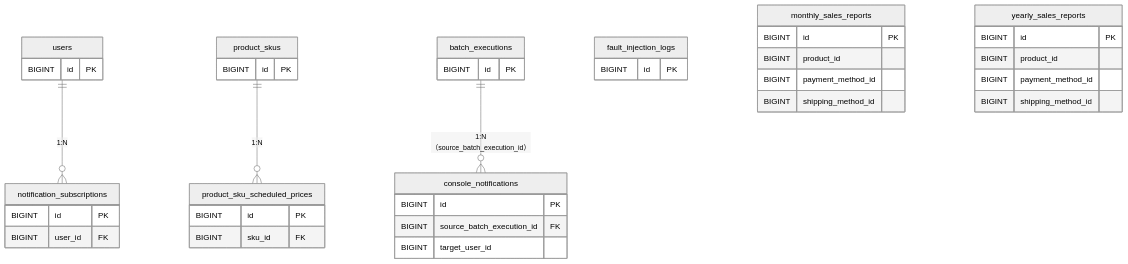
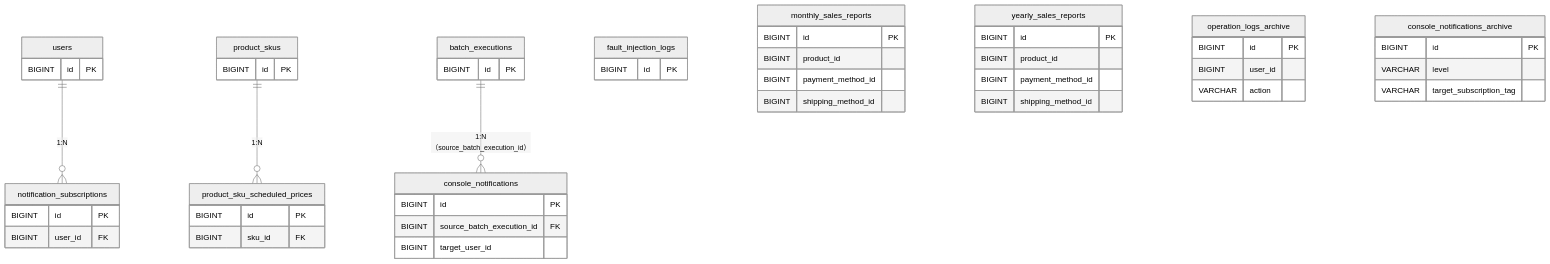
Before and after one commit to Tetsu0222/amazia: the eighth of 8 diagrams in docs/database_design/ER_diagram.md, drawn with Mermaid (neutral theme). The commit also changed other lines of this file and 7 other files, not shown here.

````diff
--- a/docs/database_design/ER_diagram.md
+++ b/docs/database_design/ER_diagram.md
@@ -358,52 +358,64 @@
 ```mermaid
 erDiagram
     users {
         BIGINT id PK
     }
 
     product_skus {
         BIGINT id PK
     }
 
     batch_executions {
         BIGINT id PK
     }
 
     console_notifications {
         BIGINT id PK
         BIGINT source_batch_execution_id FK
         BIGINT target_user_id
     }
 
     notification_subscriptions {
         BIGINT id PK
         BIGINT user_id FK
     }
 
     fault_injection_logs {
         BIGINT id PK
     }
 
     monthly_sales_reports {
         BIGINT id PK
         BIGINT product_id
         BIGINT payment_method_id
         BIGINT shipping_method_id
     }
 
     yearly_sales_reports {
         BIGINT id PK
         BIGINT product_id
         BIGINT payment_method_id
         BIGINT shipping_method_id
     }
 
     product_sku_scheduled_prices {
         BIGINT id PK
         BIGINT sku_id FK
     }
 
+    operation_logs_archive {
+        BIGINT id PK
+        BIGINT user_id
+        VARCHAR action
+    }
+
+    console_notifications_archive {
+        BIGINT id PK
+        VARCHAR level
+        VARCHAR target_subscription_tag
+    }
+
     batch_executions ||--o{ console_notifications : "1:N（source_batch_execution_id）"
     users ||--o{ notification_subscriptions : "1:N"
     product_skus ||--o{ product_sku_scheduled_prices : "1:N"
 ```
````
